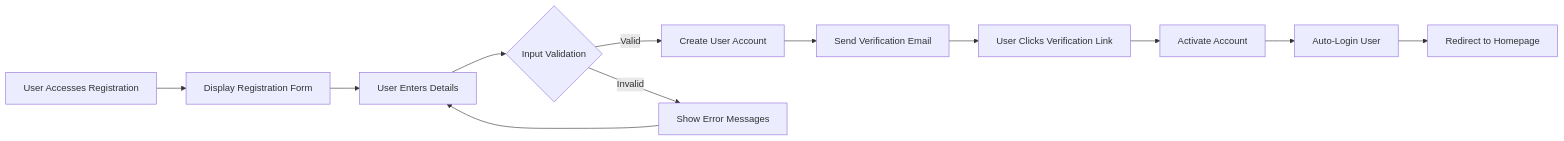
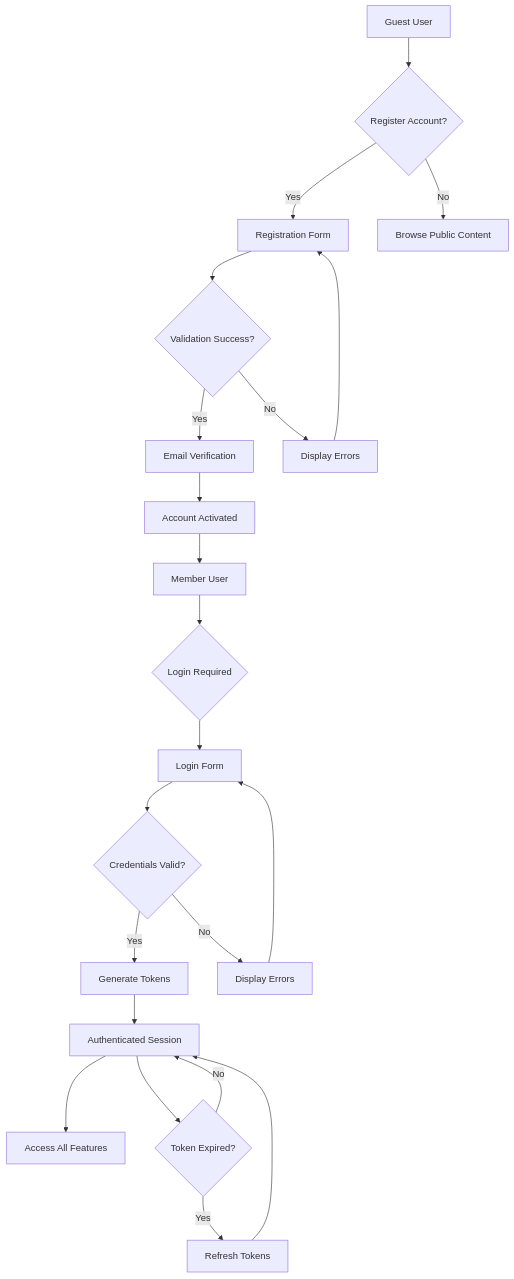
One commit to wrtnlabs/autobe-examples changed the first of 2 diagrams in deepseek/deepseek-v3.1-terminus-exacto/bbs/docs/analysis/02-user-actors.md. Above: the diagram before and after it, drawn with Mermaid. The commit also changed other lines of this file and 3569 other files, not shown here.

````diff
--- a/deepseek/deepseek-v3.1-terminus-exacto/bbs/docs/analysis/02-user-actors.md
+++ b/deepseek/deepseek-v3.1-terminus-exacto/bbs/docs/analysis/02-user-actors.md
@@ -183,14 +190,29 @@
 ```mermaid
-graph LR
-  A["User Accesses Registration"] --> B["Display Registration Form"]
-  B --> C["User Enters Details"]
-  C --> D{"Input Validation"}
-  D -->|"Valid"| E["Create User Account"]
-  D -->|"Invalid"| F["Show Error Messages"]
-  F --> C
-  E --> G["Send Verification Email"]
-  G --> H["User Clicks Verification Link"]
-  H --> I["Activate Account"]
-  I --> J["Auto-Login User"]
-  J --> K["Redirect to Homepage"]
+graph TD
+    A["Guest User"] --> B{"Register Account?"}
+    B -->|Yes| C["Registration Form"]
+    B -->|No| D["Browse Public Content"]
+    
+    C --> E{"Validation Success?"}
+    E -->|Yes| F["Email Verification"]
+    E -->|No| G["Display Errors"]
+    G --> C
+    
+    F --> H["Account Activated"]
+    H --> I["Member User"]
+    
+    I --> J{"Login Required"}
+    J --> K["Login Form"]
+    K --> L{"Credentials Valid?"}
+    L -->|Yes| M["Generate Tokens"]
+    L -->|No| N["Display Errors"]
+    N --> K
+    
+    M --> O["Authenticated Session"]
+    O --> P["Access All Features"]
+    
+    O --> Q{"Token Expired?"}
+    Q -->|Yes| R["Refresh Tokens"]
+    R --> O
+    Q -->|No| O
 ```
````
